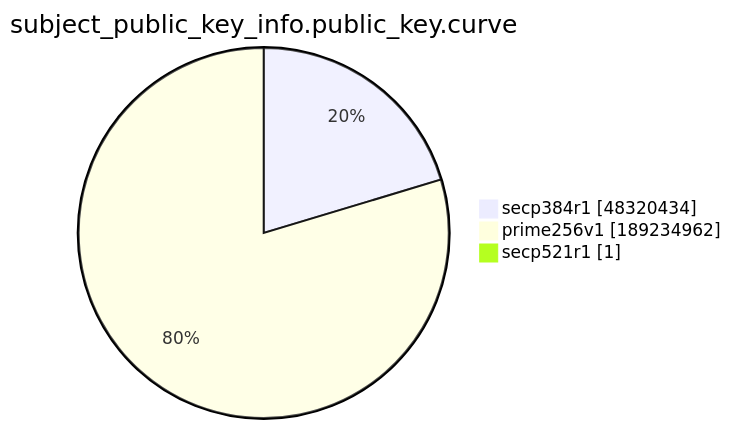
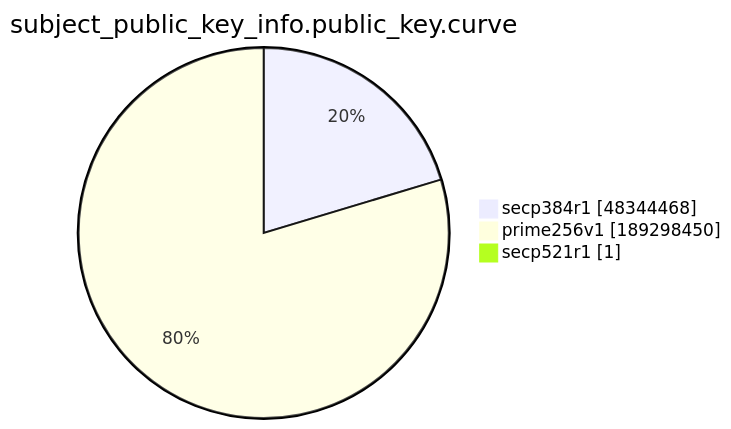
One commit to christiankrug/ctmonitor_visualization changed the ninth of 15 diagrams in xenon2022/README.md. Above: the diagram before and after it, drawn with Mermaid. The commit also changed other lines of this file, not shown here.

````diff
--- a/xenon2022/README.md
+++ b/xenon2022/README.md
@@ -2874,7 +2874,7 @@
 ```mermaid
 pie showData
 title subject_public_key_info.public_key.curve
-"secp384r1" :48320434
-"prime256v1" :189234962
+"secp384r1" :48344468
+"prime256v1" :189298450
 "secp521r1" :1
 ```
````
